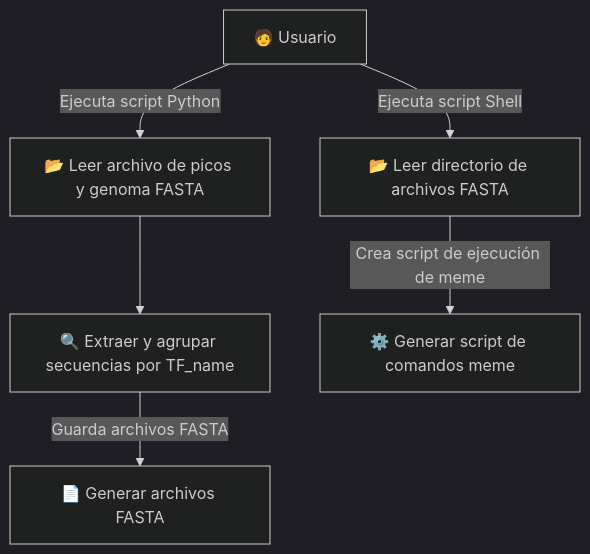
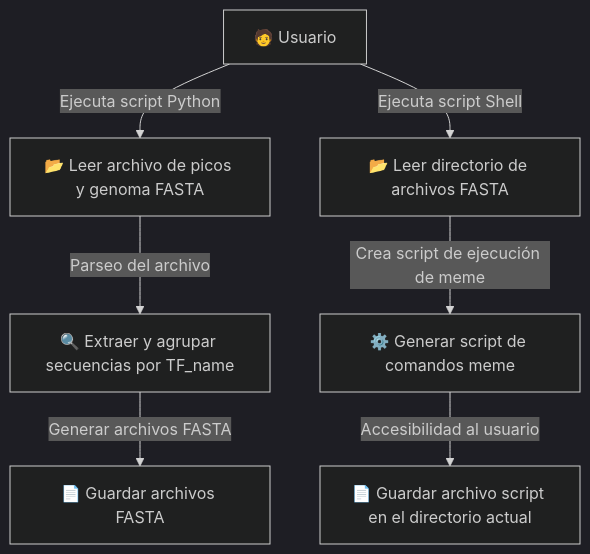
One commit to pablomics-004/peak_analysis changed the diagram in doc/proyect_description.md. Above: the diagram before and after it, drawn with Mermaid (dark theme). The commit also changed other lines of this file, not shown here.

````diff
--- a/doc/proyect_description.md
+++ b/doc/proyect_description.md
@@ -225,12 +228,13 @@
 ```mermaid
 %% Diagrama de Casos de Uso en Mermaid
 %% Representa la interacción del usuario con el sistema de extracción y creación de FASTA
 
 graph TD
   usuario["🧑 Usuario"] -->|Ejecuta script Python| UC1["📂 Leer archivo de picos y genoma FASTA"]
-  UC1 --> UC2["🔍 Extraer y agrupar secuencias por TF_name"]
-  UC2 -->|Guarda archivos FASTA| UC3["📄 Generar archivos FASTA"]
+  UC1 -->|Parseo del archivo| UC2["🔍 Extraer y agrupar secuencias por TF_name"]
+  UC2 -->|Generar archivos FASTA| UC3["📄 Guardar archivos FASTA"]
   
   usuario -->|Ejecuta script Shell| UC4["📂 Leer directorio de archivos FASTA"]
   UC4 -->|Crea script de ejecución de meme| UC5["⚙️ Generar script de comandos meme"]
+  UC5 -->|Accesibilidad al usuario| UC6["📄 Guardar archivo script en el directorio actual"]
 ```
````
